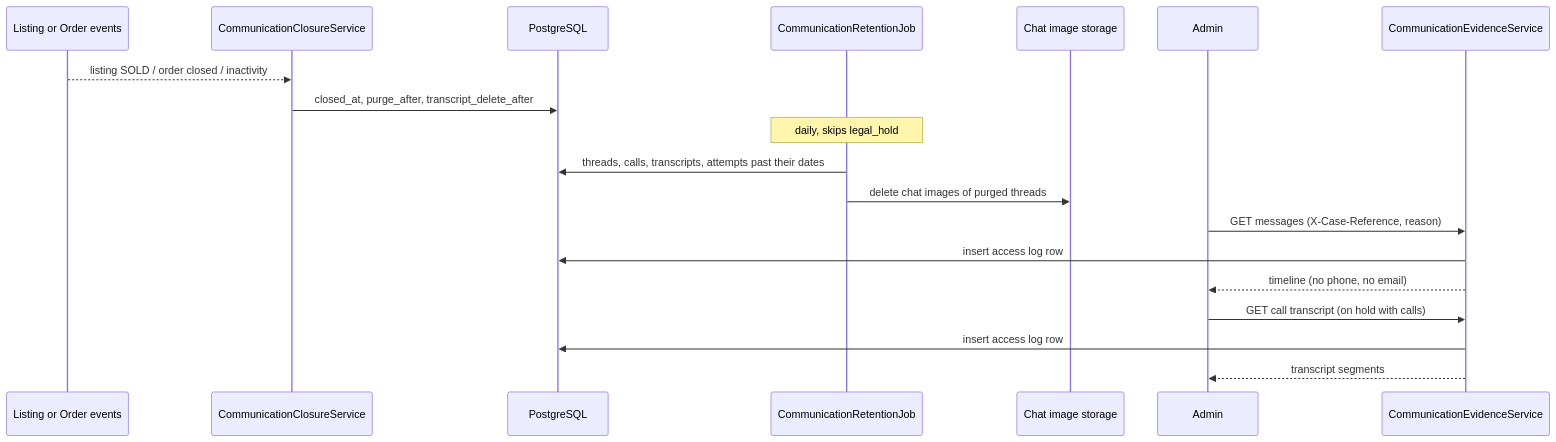
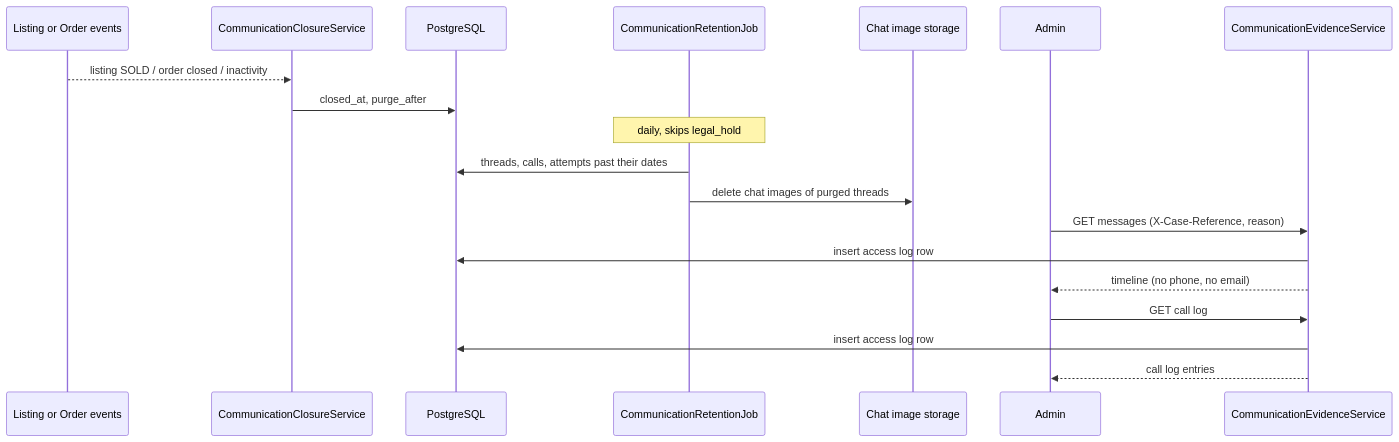
The tenth of 15 diagrams in LLD/Sprint-4-Communication-Negotiation-LLD.md (VSPL-New/Documents), drawn with Mermaid before and after one commit. The commit also changed other lines of this file and 9 other files, not shown here.

````diff
--- a/LLD/Sprint-4-Communication-Negotiation-LLD.md
+++ b/LLD/Sprint-4-Communication-Negotiation-LLD.md
@@ -1910,22 +1949,22 @@
 ```mermaid
 sequenceDiagram
     participant L as Listing or Order events
     participant C as CommunicationClosureService
     participant DB as PostgreSQL
     participant J as CommunicationRetentionJob
     participant K as Chat image storage
     participant Ad as Admin
     participant E as CommunicationEvidenceService
 
     L-->>C: listing SOLD / order closed / inactivity
-    C->>DB: closed_at, purge_after, transcript_delete_after
+    C->>DB: closed_at, purge_after
     Note over J: daily, skips legal_hold
-    J->>DB: threads, calls, transcripts, attempts past their dates
+    J->>DB: threads, calls, attempts past their dates
     J->>K: delete chat images of purged threads
     Ad->>E: GET messages (X-Case-Reference, reason)
     E->>DB: insert access log row
     E-->>Ad: timeline (no phone, no email)
-    Ad->>E: GET call transcript (on hold with calls)
+    Ad->>E: GET call log
     E->>DB: insert access log row
-    E-->>Ad: transcript segments
+    E-->>Ad: call log entries
 ```
````
